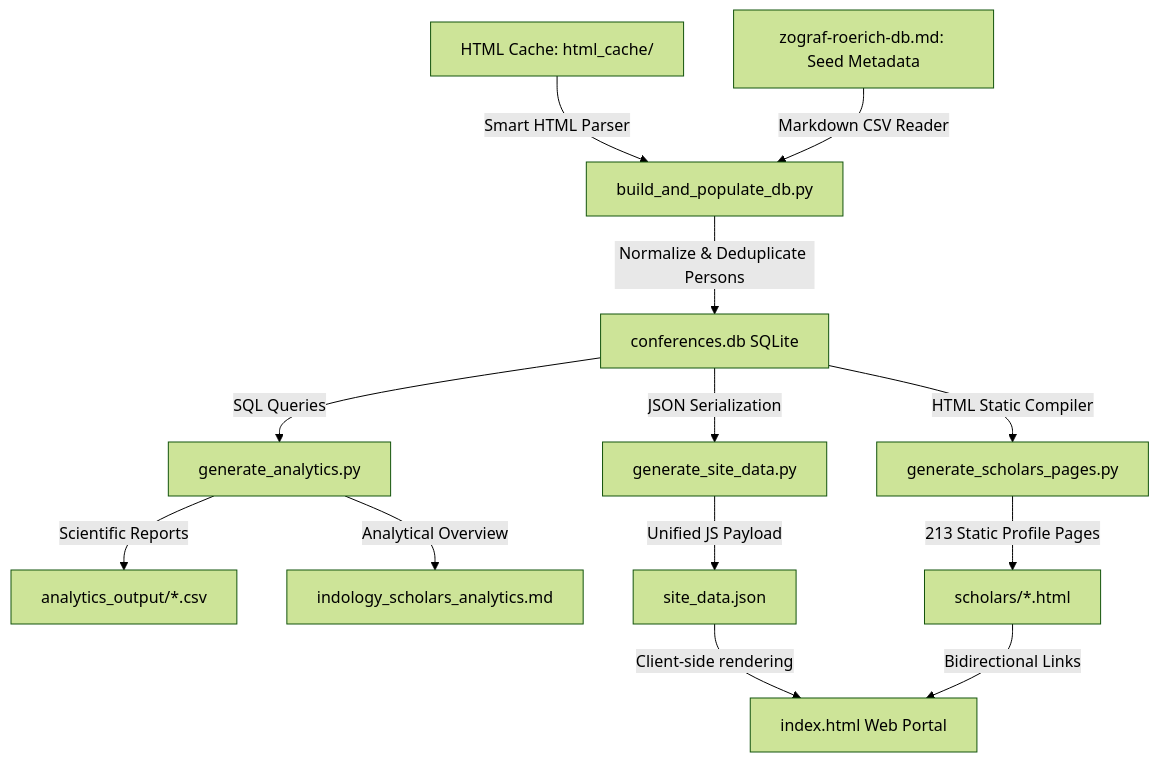
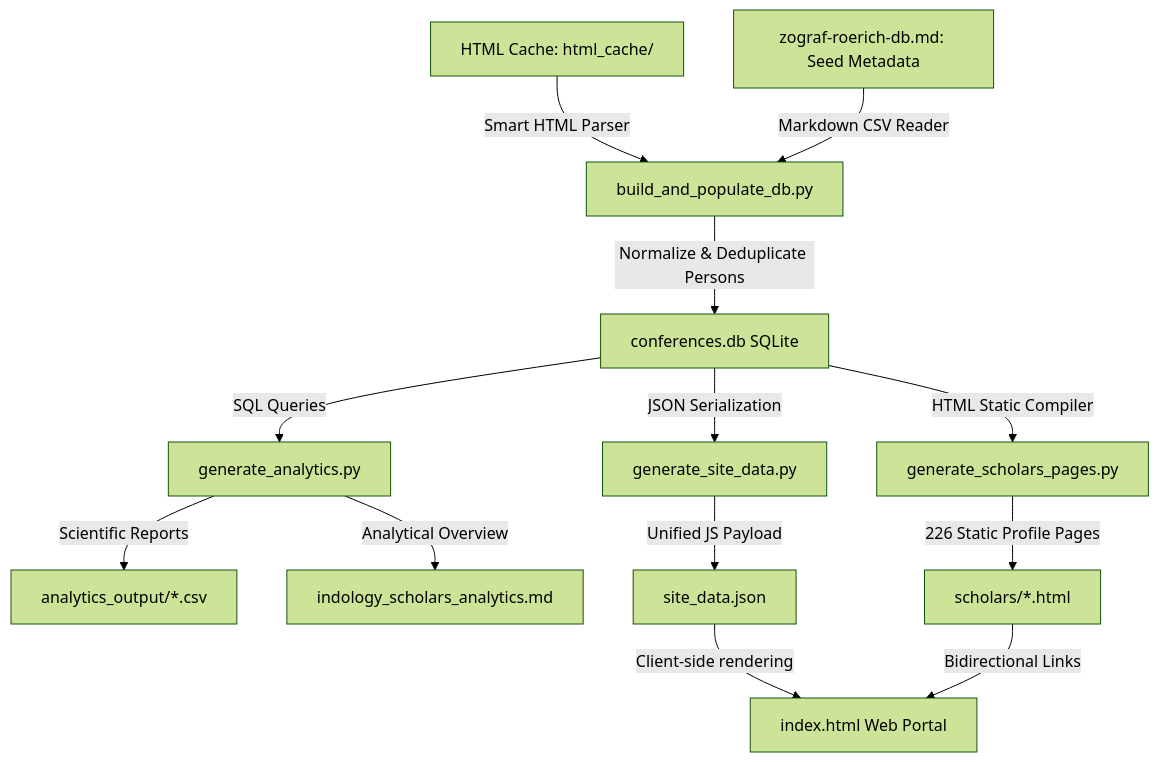
One commit to gasyoun/IndologyScholars changed the first of 2 diagrams in README.md. Above: the diagram before and after it, drawn with Mermaid (forest theme). The commit also changed other lines of this file and 4 other files, not shown here.

````diff
--- a/README.md
+++ b/README.md
@@ -14,15 +14,15 @@
 ```mermaid
 graph TD
     A[HTML Cache: html_cache/] -->|Smart HTML Parser| B[build_and_populate_db.py]
     C[zograf-roerich-db.md: Seed Metadata] -->|Markdown CSV Reader| B
     B -->|Normalize & Deduplicate Persons| D[conferences.db SQLite]
     D -->|SQL Queries| E[generate_analytics.py]
     D -->|JSON Serialization| F[generate_site_data.py]
     D -->|HTML Static Compiler| K[generate_scholars_pages.py]
     E -->|Scientific Reports| G[analytics_output/*.csv]
     E -->|Analytical Overview| H[indology_scholars_analytics.md]
     F -->|Unified JS Payload| I[site_data.json]
     I -->|Client-side rendering| J[index.html Web Portal]
-    K -->|213 Static Profile Pages| L[scholars/*.html]
+    K -->|226 Static Profile Pages| L[scholars/*.html]
     L -->|Bidirectional Links| J
 ```
````
